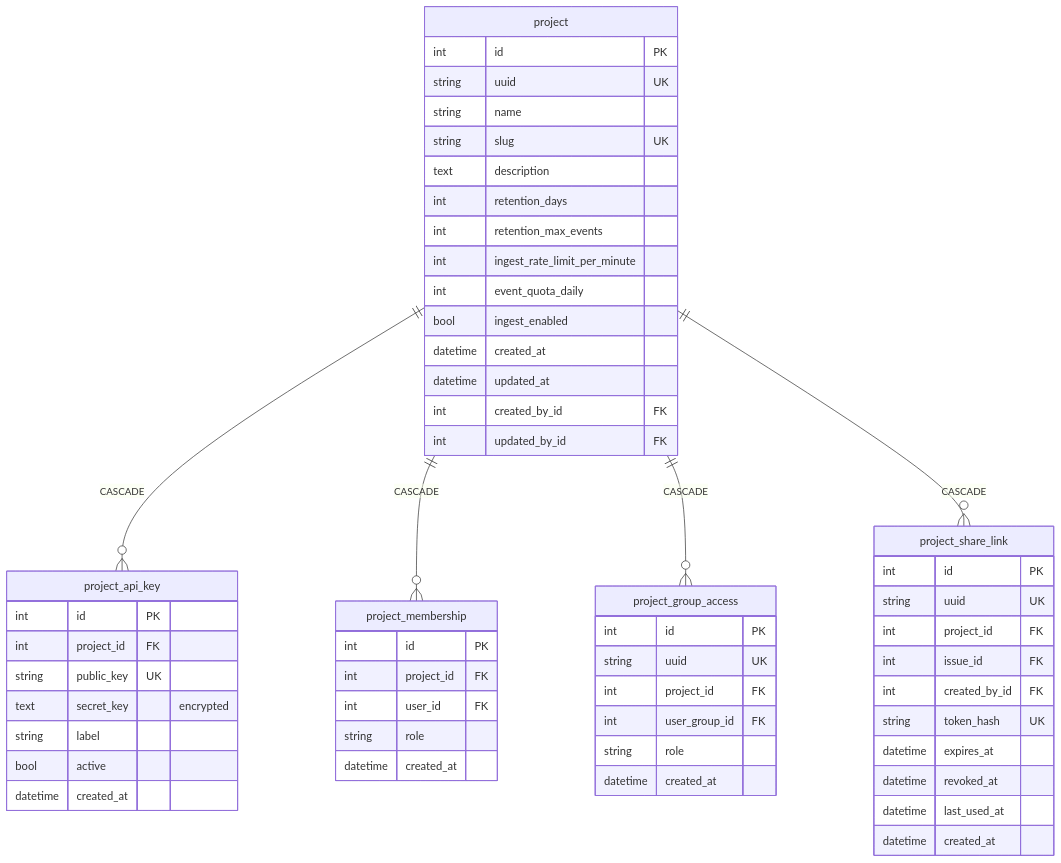
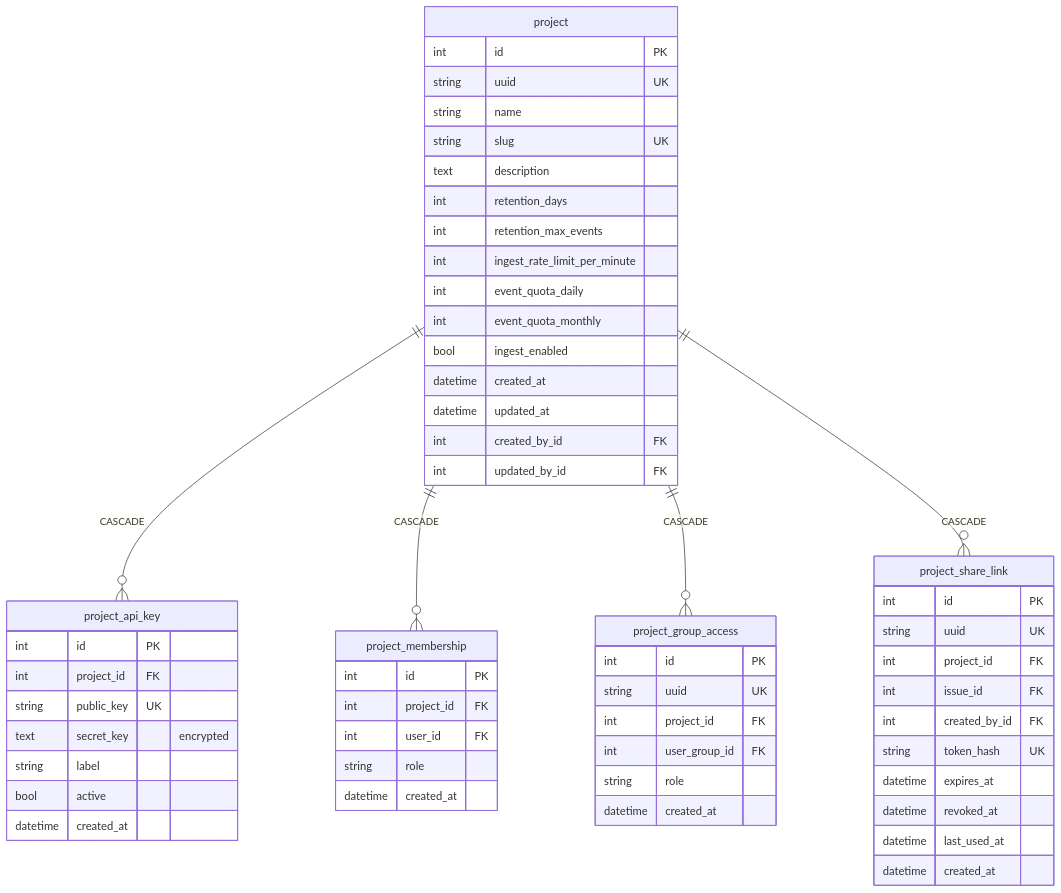
Before and after one commit to nowo-tech/symfony-beacon: the third of 7 diagrams in docs/DATABASE.md, drawn with Mermaid. The commit also changed 362 other files, not shown here.

````diff
--- a/docs/DATABASE.md
+++ b/docs/DATABASE.md
@@ -144,64 +144,65 @@
 ```mermaid
 erDiagram
     project {
         int id PK
         string uuid UK
         string name
         string slug UK
         text description
         int retention_days
         int retention_max_events
         int ingest_rate_limit_per_minute
         int event_quota_daily
+        int event_quota_monthly
         bool ingest_enabled
         datetime created_at
         datetime updated_at
         int created_by_id FK
         int updated_by_id FK
     }
 
     project_api_key {
         int id PK
         int project_id FK
         string public_key UK
         text secret_key "encrypted"
         string label
         bool active
         datetime created_at
     }
 
     project_membership {
         int id PK
         int project_id FK
         int user_id FK
         string role
         datetime created_at
     }
 
     project_group_access {
         int id PK
         string uuid UK
         int project_id FK
         int user_group_id FK
         string role
         datetime created_at
     }
 
     project_share_link {
         int id PK
         string uuid UK
         int project_id FK
         int issue_id FK
         int created_by_id FK
         string token_hash UK
         datetime expires_at
         datetime revoked_at
         datetime last_used_at
         datetime created_at
     }
 
     project ||--o{ project_api_key : CASCADE
     project ||--o{ project_membership : CASCADE
     project ||--o{ project_group_access : CASCADE
     project ||--o{ project_share_link : CASCADE
 ```
````
